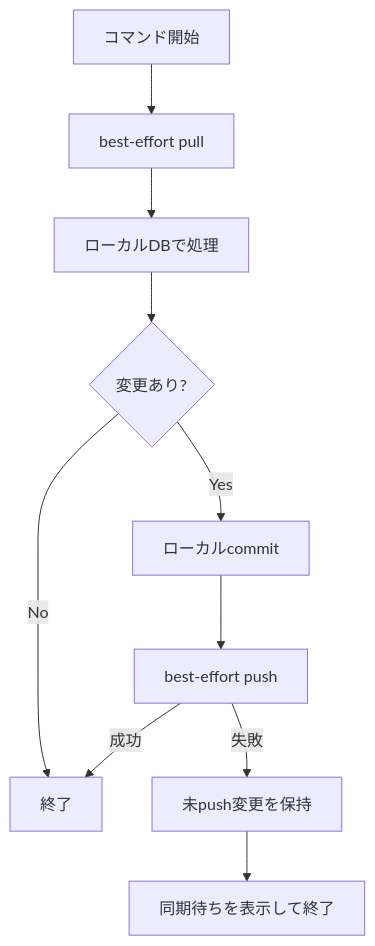
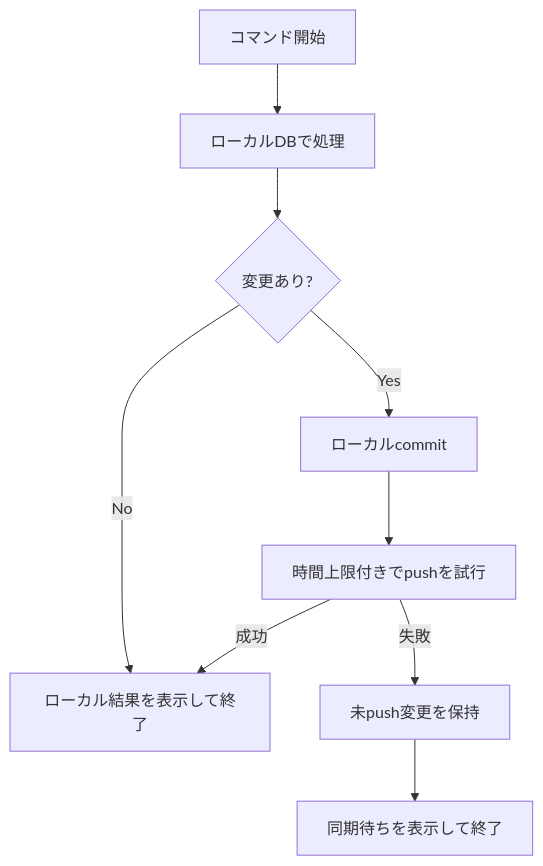
Diagram 14 of 17 in database/turso-design-guide.md (mgmaru/algo-loom), drawn with Mermaid before and after one commit. The commit also changed other lines of this file, not shown here.

````diff
--- a/database/turso-design-guide.md
+++ b/database/turso-design-guide.md
@@ -633,12 +632,11 @@
 ```mermaid
 flowchart TD
-    A[コマンド開始] --> B[best-effort pull]
-    B --> C[ローカルDBで処理]
+    A[コマンド開始] --> C[ローカルDBで処理]
     C --> D{変更あり?}
-    D -->|No| E[終了]
+    D -->|No| E[ローカル結果を表示して終了]
     D -->|Yes| F[ローカルcommit]
-    F --> G[best-effort push]
+    F --> G[時間上限付きでpushを試行]
     G -->|成功| E
     G -->|失敗| H[未push変更を保持]
     H --> I[同期待ちを表示して終了]
 ```
````
